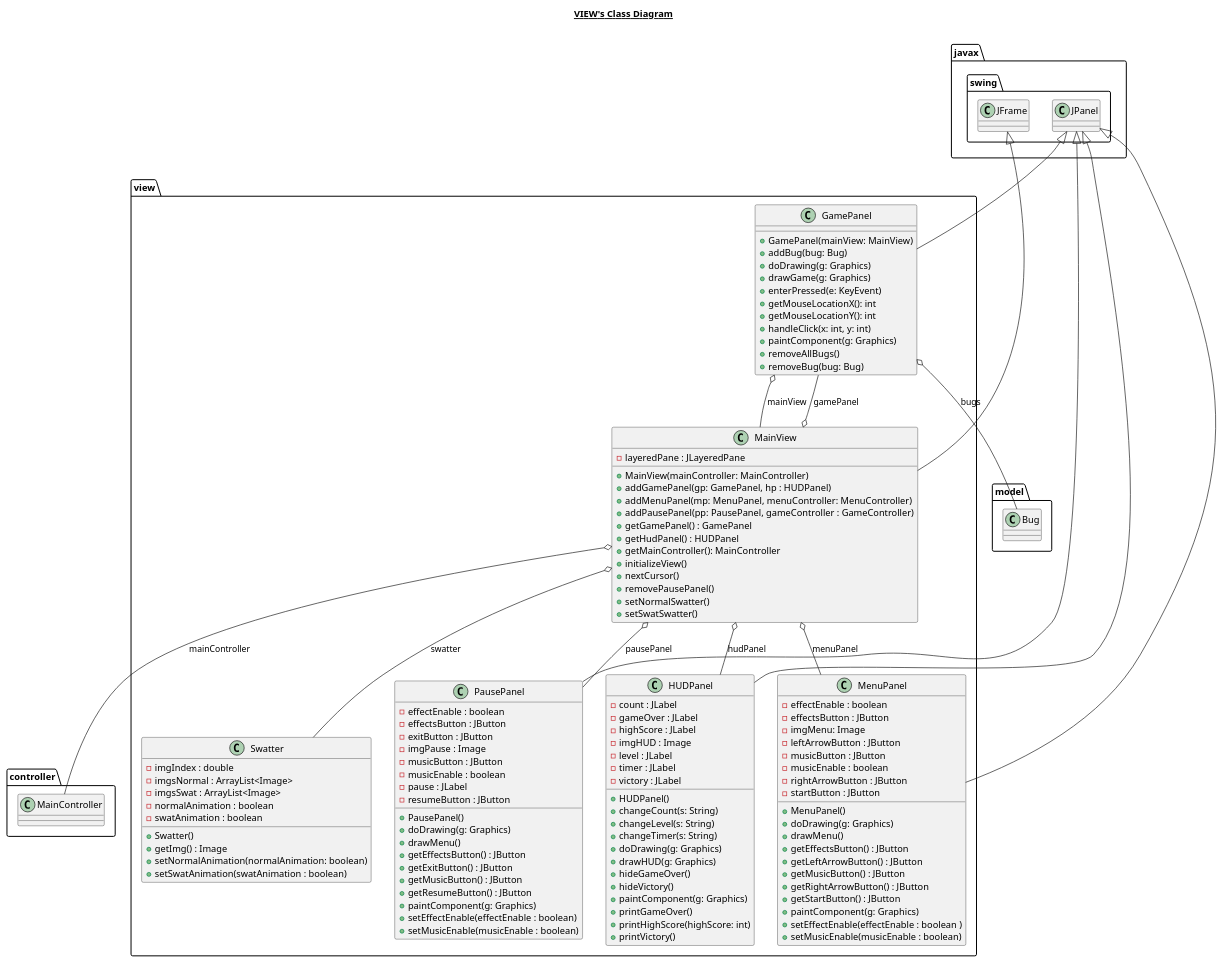
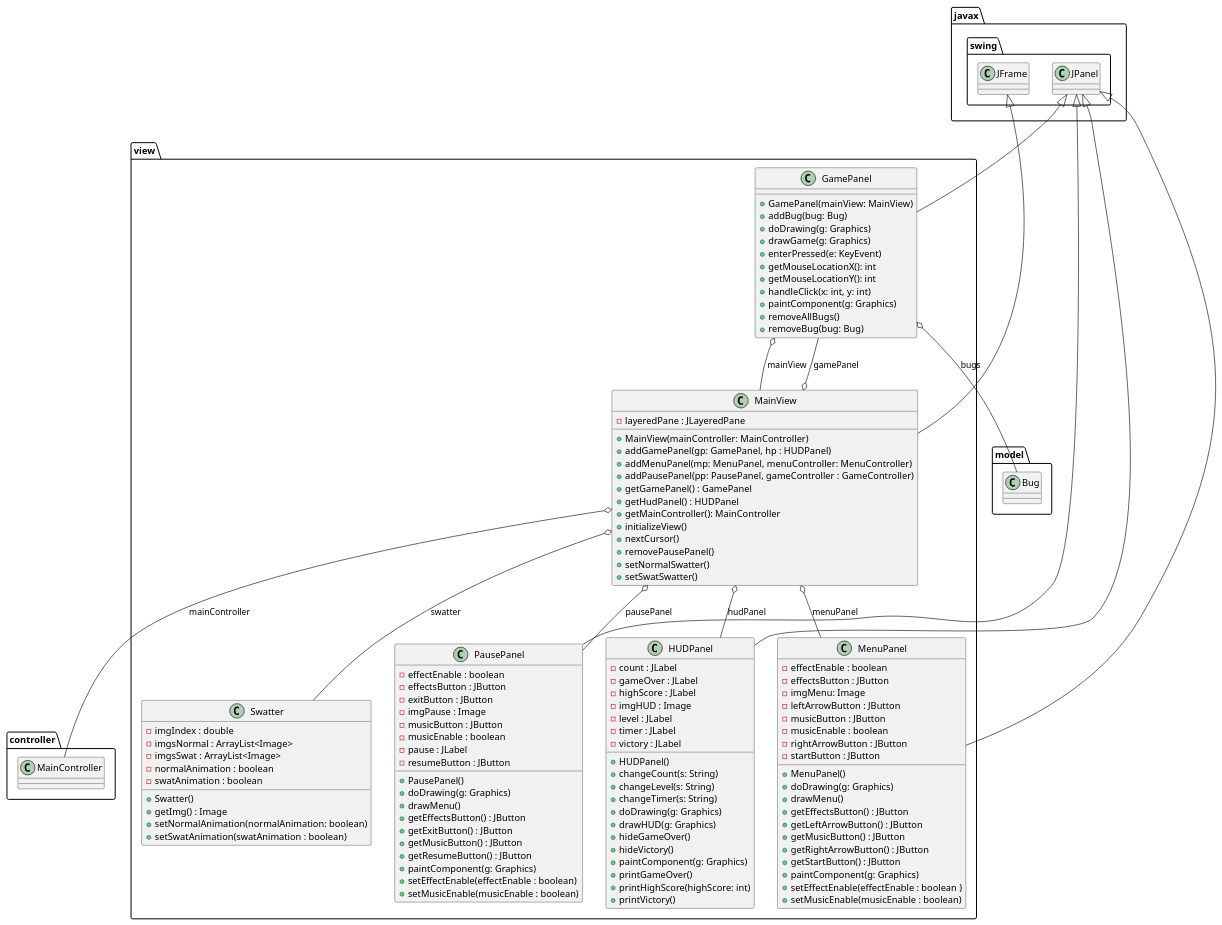
One commit to lcintini/JFlySwatter changed the diagram in src/view/view.plantuml. Above: the diagram before and after it, drawn with PlantUML. The commit also changed 10 other files, not shown here.

Commit message:
correzione ulteriore uml

```diff
--- a/src/view/view.plantuml
+++ b/src/view/view.plantuml
@@ -1,146 +1,146 @@
 @startuml
 
-title __VIEW's Class Diagram__\n
+
 
   namespace view {
       class view.GamePanel {
           + GamePanel(mainView: MainView)
           + addBug(bug: Bug)
           + doDrawing(g: Graphics)
           + drawGame(g: Graphics)
           + enterPressed(e: KeyEvent)
           + getMouseLocationX(): int
           + getMouseLocationY(): int
           + handleClick(x: int, y: int)
           + paintComponent(g: Graphics)
           + removeAllBugs()
           + removeBug(bug: Bug)
       }
     }
   
 
   namespace view {
       class view.HUDPanel {
           - count : JLabel
           - gameOver : JLabel
           - highScore : JLabel
           - imgHUD : Image
           - level : JLabel
           - timer : JLabel
           - victory : JLabel
           + HUDPanel()
           + changeCount(s: String)
           + changeLevel(s: String)
           + changeTimer(s: String)
           + doDrawing(g: Graphics)
           + drawHUD(g: Graphics)
           + hideGameOver()
           + hideVictory()
           + paintComponent(g: Graphics)
           + printGameOver()
           + printHighScore(highScore: int)
           + printVictory()
       }
     }
   
 
  namespace view {
       class view.MainView {
           - layeredPane : JLayeredPane
           + MainView(mainController: MainController)
           + addGamePanel(gp: GamePanel, hp : HUDPanel)
           + addMenuPanel(mp: MenuPanel, menuController: MenuController)
           + addPausePanel(pp: PausePanel, gameController : GameController)
           + getGamePanel() : GamePanel
           + getHudPanel() : HUDPanel
           + getMainController(): MainController
           + initializeView()
           + nextCursor()
           + removePausePanel()
           + setNormalSwatter()
           + setSwatSwatter()
       }
     }
   
 
   namespace view {
       class view.MenuPanel {
           - effectEnable : boolean
           - effectsButton : JButton
           - imgMenu: Image
           - leftArrowButton : JButton
           - musicButton : JButton
           - musicEnable : boolean
           - rightArrowButton : JButton
           - startButton : JButton
           + MenuPanel()
           + doDrawing(g: Graphics)
           + drawMenu()
           + getEffectsButton() : JButton
           + getLeftArrowButton() : JButton
           + getMusicButton() : JButton
           + getRightArrowButton() : JButton
           + getStartButton() : JButton
           + paintComponent(g: Graphics)
           + setEffectEnable(effectEnable : boolean )
           + setMusicEnable(musicEnable : boolean)
       }
     }
   
 
   namespace view {
       class view.PausePanel {
           - effectEnable : boolean
           - effectsButton : JButton
           - exitButton : JButton
           - imgPause : Image
           - musicButton : JButton
           - musicEnable : boolean
           - pause : JLabel
           - resumeButton : JButton
           + PausePanel()
           + doDrawing(g: Graphics)
           + drawMenu()
           + getEffectsButton() : JButton
           + getExitButton() : JButton
           + getMusicButton() : JButton
           + getResumeButton() : JButton
           + paintComponent(g: Graphics)
           + setEffectEnable(effectEnable : boolean)
           + setMusicEnable(musicEnable : boolean)
       }
     }
   
 
   namespace view {
       class view.Swatter {
           - imgIndex : double
           - imgsNormal : ArrayList<Image>
           - imgsSwat : ArrayList<Image>
           - normalAnimation : boolean
           - swatAnimation : boolean
           + Swatter()
           + getImg() : Image
           + setNormalAnimation(normalAnimation: boolean)
           + setSwatAnimation(swatAnimation : boolean)
       }
     }
   
 
   view.GamePanel -up-|> javax.swing.JPanel
   view.GamePanel o-- view.MainView : mainView
   view.HUDPanel -up-|> javax.swing.JPanel
   view.MainView -up-|> javax.swing.JFrame
   view.MainView o-- view.GamePanel : gamePanel
   view.MainView o-- view.HUDPanel : hudPanel
   view.MainView o-- controller.MainController : mainController
   view.MainView o-- view.MenuPanel : menuPanel
   view.MainView o-- view.PausePanel : pausePanel
   view.MainView o-- view.Swatter : swatter
   view.MenuPanel -up-|> javax.swing.JPanel
   view.PausePanel -up-|> javax.swing.JPanel
     view.GamePanel o-- model.Bug : bugs
 
 
 
 @enduml
```
